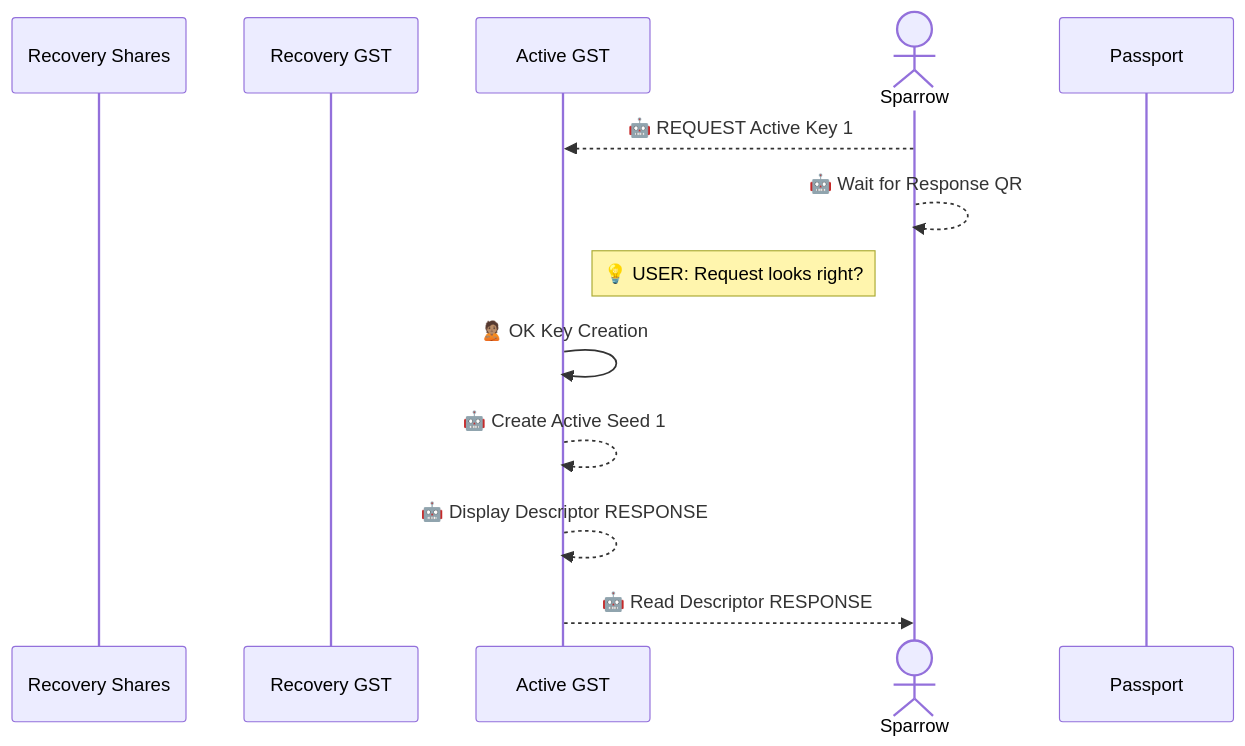
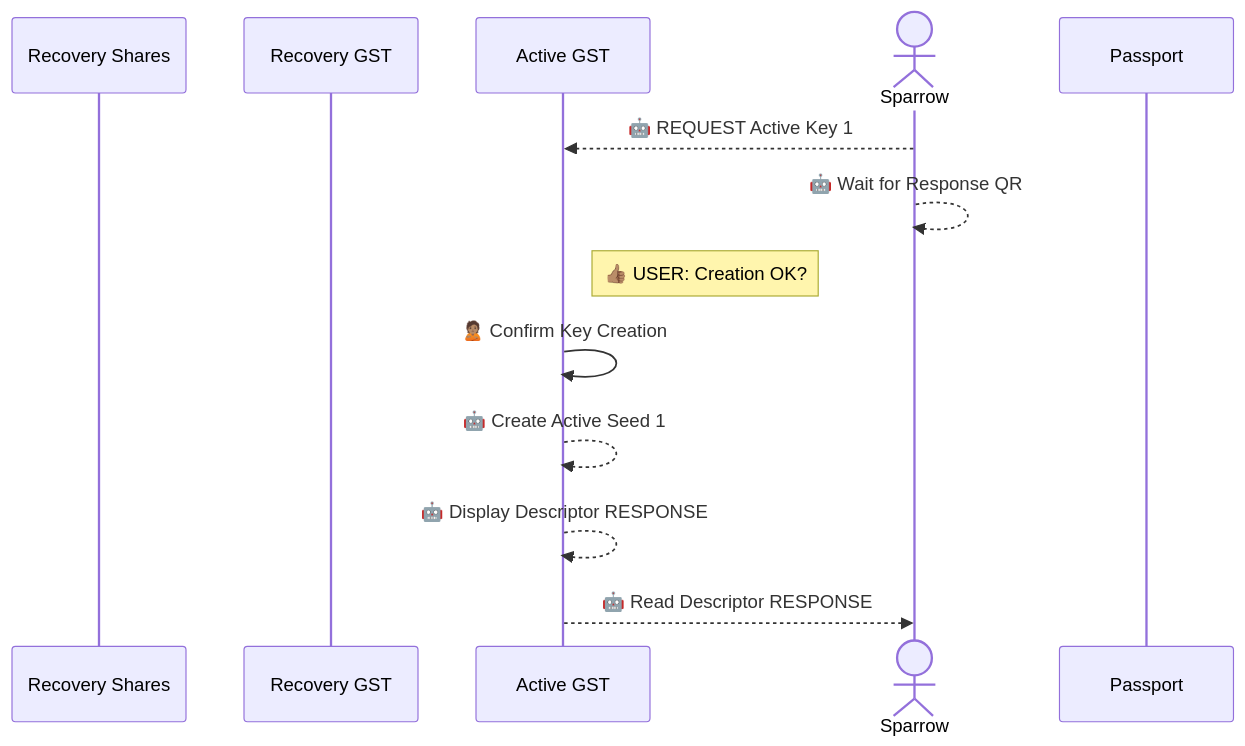
One commit to BlockchainCommons/SmartCustody changed the ninth of 12 diagrams in Docs/Scenario-Multisig-RR.md. Above: the diagram before and after it, drawn with Mermaid. The commit also changed other lines of this file, not shown here.

````diff
--- a/Docs/Scenario-Multisig-RR.md
+++ b/Docs/Scenario-Multisig-RR.md
@@ -258,16 +260,16 @@
 ```mermaid
 sequenceDiagram
 participant Rs as Recovery Shares
 participant R as Recovery GST
 participant S1 as Active GST
 actor TC as Sparrow
 participant S2 as Passport
 
 TC-->>S1: 🤖 REQUEST Active Key 1
 TC-->>TC: 🤖 Wait for Response QR
-note right of S1: 💡 USER: Request looks right?
-S1->>S1: 🙎🏽 OK Key Creation
+note right of S1: 👍🏽 USER: Creation OK?
+S1->>S1: 🙎🏽 Confirm Key Creation
 S1-->>S1: 🤖 Create Active Seed 1
 S1-->>S1: 🤖 Display Descriptor RESPONSE
 S1-->>TC: 🤖 Read Descriptor RESPONSE
 ```
````
